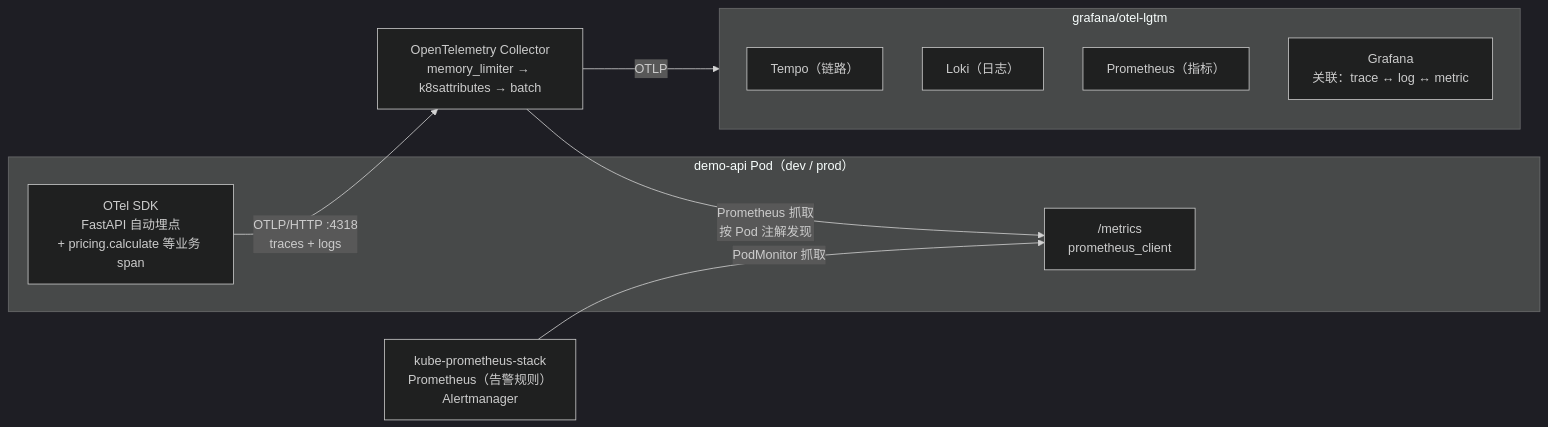
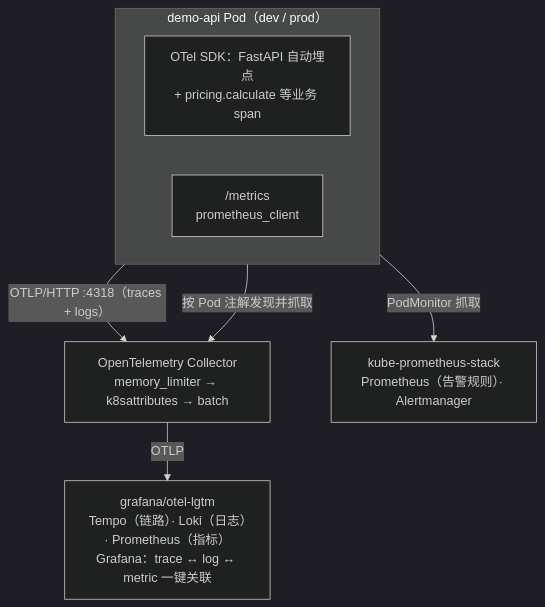
Before and after one commit to miku-wwl/devops-delivery: the diagram in manual/chapters/09-p7-observability.md, drawn with Mermaid (dark theme). The commit also changed other lines of this file and 24 other files, not shown here.

````diff
--- a/manual/chapters/09-p7-observability.md
+++ b/manual/chapters/09-p7-observability.md
@@ -50,17 +63,12 @@
 ```{.mermaid caption="本章 demo-api 的遥测数据流"}
-flowchart LR
+flowchart TB
   subgraph APP["demo-api Pod（dev / prod）"]
-    SDK["OTel SDK<br/>FastAPI 自动埋点<br/>+ pricing.calculate 等业务 span"]
+    direction LR
+    SDK["OTel SDK：FastAPI 自动埋点<br/>+ pricing.calculate 等业务 span"]
     M["/metrics<br/>prometheus_client"]
   end
-  SDK -- "OTLP/HTTP :4318<br/>traces + logs" --> COL["OpenTelemetry Collector<br/>memory_limiter → k8sattributes → batch"]
-  COL -- "Prometheus 抓取<br/>按 Pod 注解发现" --> M
-  COL -- OTLP --> LGTM
-  subgraph LGTM["grafana/otel-lgtm"]
-    T["Tempo（链路）"]
-    L["Loki（日志）"]
-    P2["Prometheus（指标）"]
-    G["Grafana<br/>关联：trace ↔ log ↔ metric"]
-  end
-  KPS["kube-prometheus-stack<br/>Prometheus（告警规则）<br/>Alertmanager"] -- "PodMonitor 抓取" --> M
+  SDK -- "OTLP/HTTP :4318（traces + logs）" --> COL["OpenTelemetry Collector<br/>memory_limiter → k8sattributes → batch"]
+  M -- "按 Pod 注解发现并抓取" --> COL
+  M -- "PodMonitor 抓取" --> KPS["kube-prometheus-stack<br/>Prometheus（告警规则）· Alertmanager"]
+  COL -- OTLP --> LGTM["grafana/otel-lgtm<br/>Tempo（链路）· Loki（日志）· Prometheus（指标）<br/>Grafana：trace ↔ log ↔ metric 一键关联"]
 ```
````
